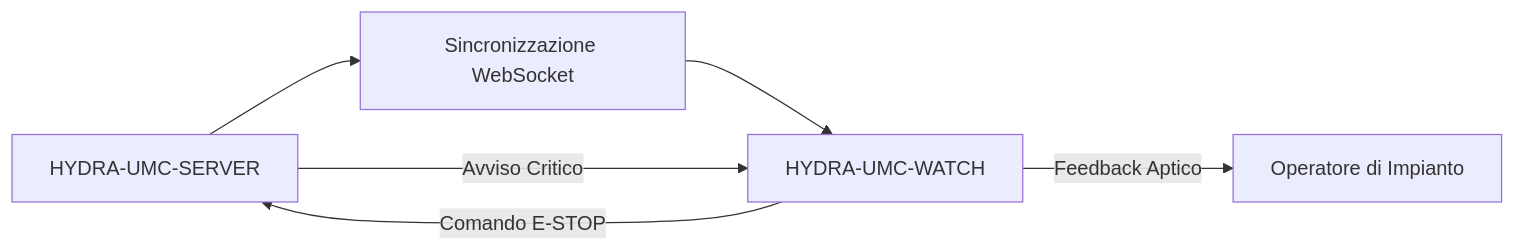
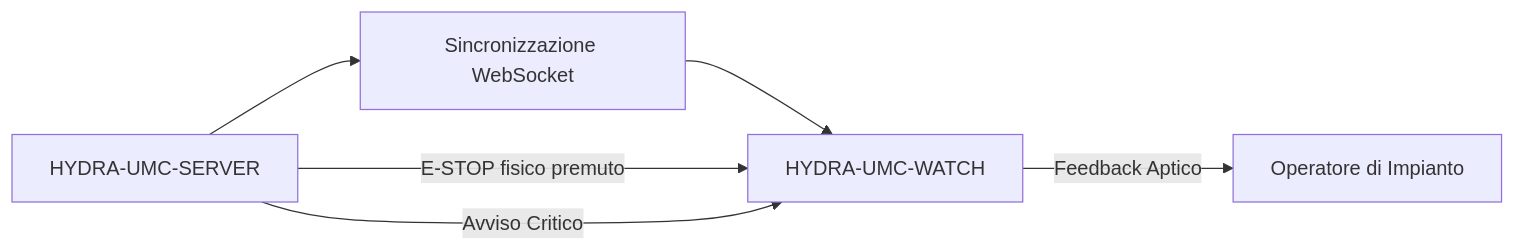
One commit to JuanenRac/HYDRA-UMC-WATCH changed the diagram in README_ita.md. Above: the diagram before and after it, drawn with Mermaid. The commit also changed other lines of this file and 10 other files, not shown here.

Commit message:
Make clear that the watch never stops anything by itself and only confirms or warns of a physical E-STOP

````diff
--- a/README_ita.md
+++ b/README_ita.md
@@ -104,8 +104,8 @@
 ```mermaid
 flowchart LR
     SERVER["HYDRA-UMC-SERVER"] --> WS["Sincronizzazione WebSocket"]
     WS --> WATCH["HYDRA-UMC-WATCH"]
-    WATCH -- Comando E-STOP --> SERVER
+    SERVER -- E-STOP fisico premuto --> WATCH
     SERVER -- Avviso Critico --> WATCH
     WATCH -- Feedback Aptico --> OPERATOR["Operatore di Impianto"]
 ```
````
